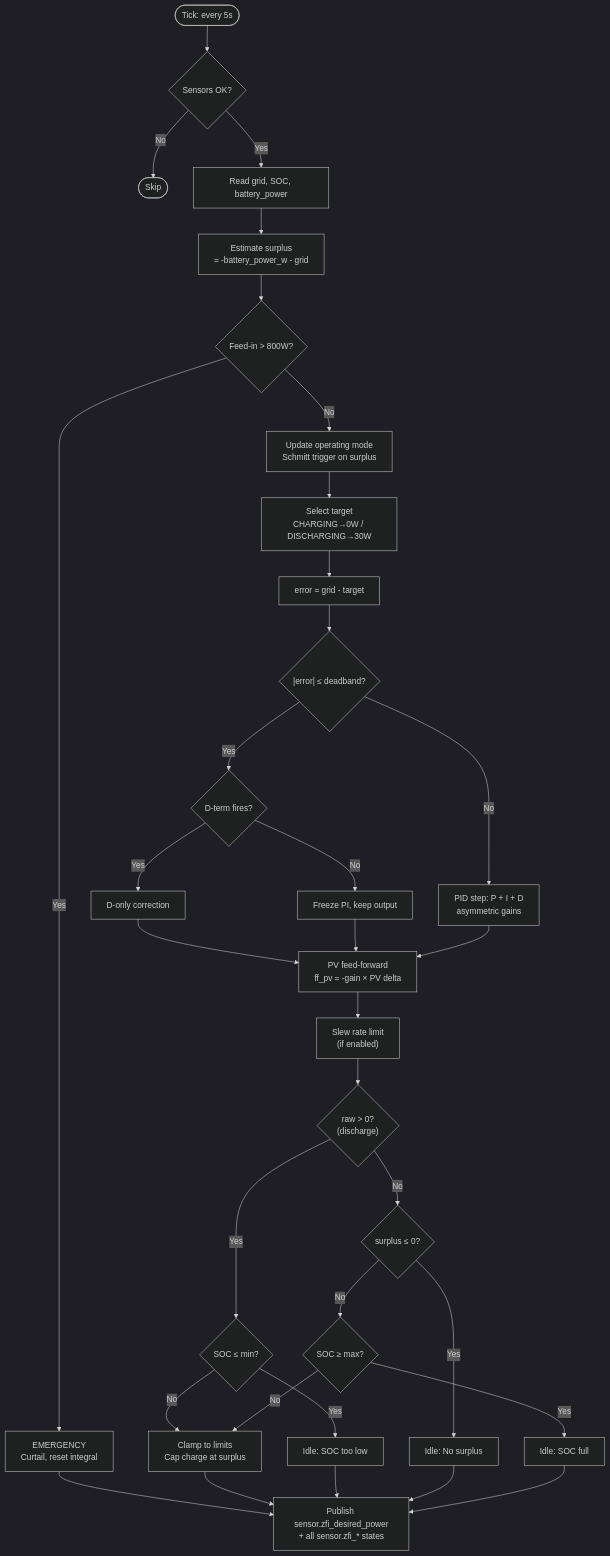
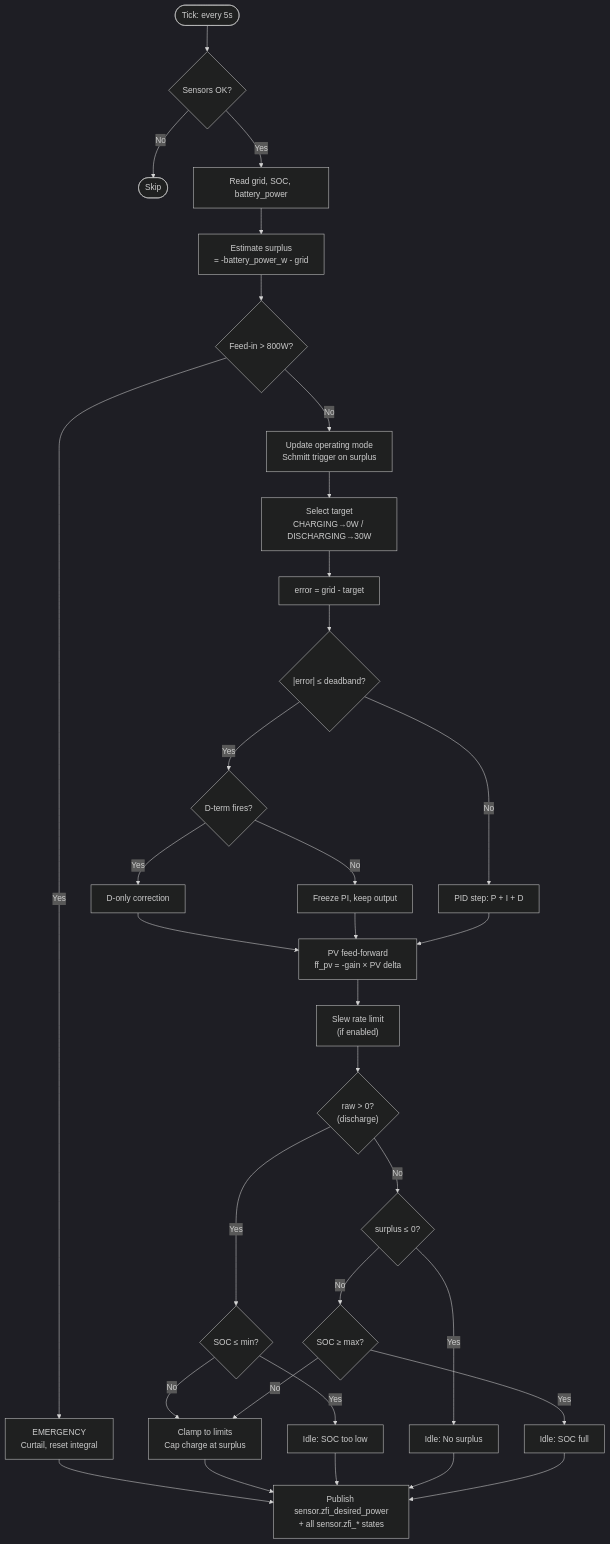
One commit to steffenruehl/ha-zero-feed-in changed the first of 3 diagrams in docs/zero_feed_in_docs.md. Above: the diagram before and after it, drawn with Mermaid (dark theme). The commit also changed other lines of this file and 5 other files, not shown here.

````diff
--- a/docs/zero_feed_in_docs.md
+++ b/docs/zero_feed_in_docs.md
@@ -272,48 +272,48 @@
 ```mermaid
 flowchart TD
     A([Tick: every 5s]) --> B{Sensors OK?}
     B -- No --> Z([Skip])
     B -- Yes --> C[Read grid, SOC, battery_power]
 
     C --> D["Estimate surplus<br>= -battery_power_w - grid"]
 
     D --> E{Feed-in > 800W?}
     E -- Yes --> F["EMERGENCY<br>Curtail, reset integral"]
     F --> PUB
 
     E -- No --> G[Update operating mode<br>Schmitt trigger on surplus]
     G --> H[Select target<br>CHARGING→0W / DISCHARGING→30W]
     H --> I["error = grid - target"]
 
     I --> J{"|error| ≤ deadband?"}
     J -- Yes --> K{"D-term fires?"}
     K -- Yes --> K2["D-only correction"]
     K -- No --> K3["Freeze PI, keep output"]
-    J -- No --> L["PID step: P + I + D<br>asymmetric gains"]
+    J -- No --> L["PID step: P + I + D"]
 
     K2 --> FF
     K3 --> FF
     L --> FF["PV feed-forward<br>ff_pv = -gain × PV delta"]
 
     FF --> SL["Slew rate limit<br>(if enabled)"]
 
     SL --> N{"raw > 0?<br>(discharge)"}
     N -- Yes --> O{SOC ≤ min?}
     O -- Yes --> P["Idle: SOC too low"]
     O -- No --> CL
 
     N -- No --> R{surplus ≤ 0?}
     R -- Yes --> S["Idle: No surplus"]
     R -- No --> T{SOC ≥ max?}
     T -- Yes --> U["Idle: SOC full"]
     T -- No --> CL
 
     CL["Clamp to limits<br>Cap charge at surplus"]
 
     CL --> PUB
     P --> PUB
     S --> PUB
     U --> PUB
 
     PUB["Publish sensor.zfi_desired_power<br>+ all sensor.zfi_* states"]
 ```
````
